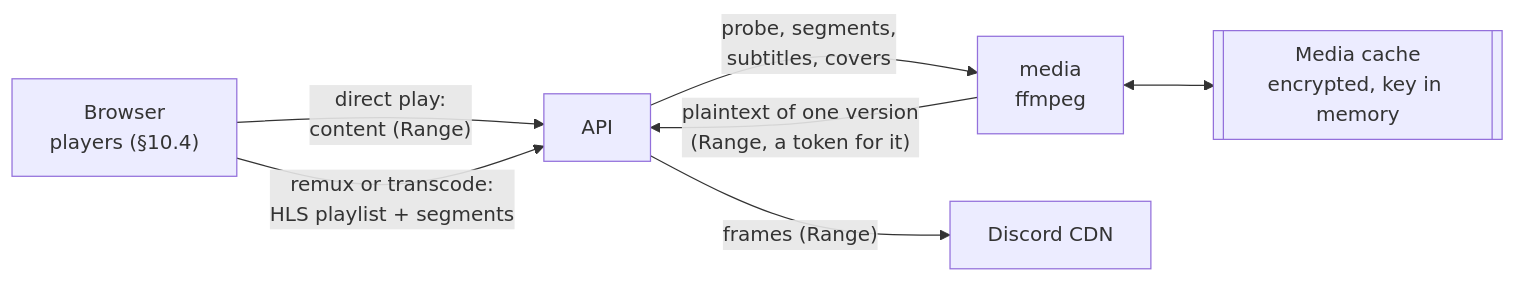
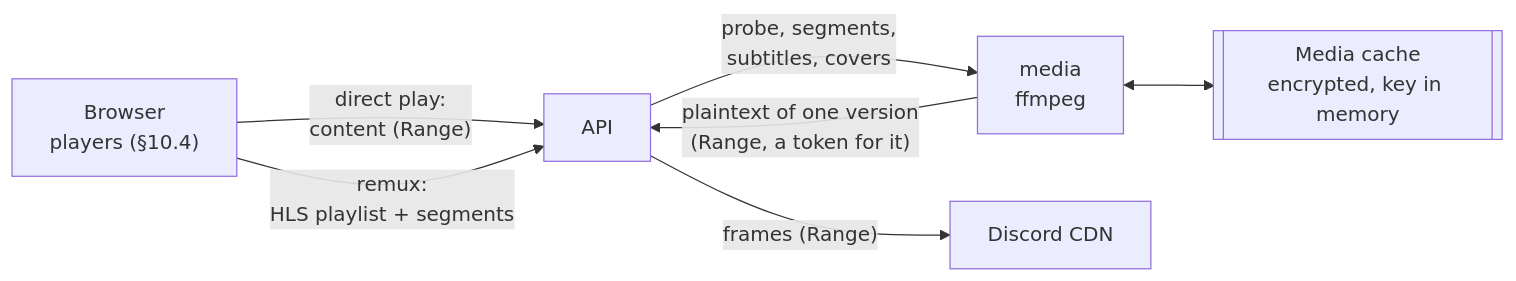
Before and after one commit to AlexB8675/DFS: the ninth of 11 diagrams in docs/DESIGN.md, drawn with Mermaid. The commit also changed other lines of this file and 1 other file, not shown here.

First line of the commit message:
Drop transcoding from the media plan: direct play or remux

````diff
--- a/docs/DESIGN.md
+++ b/docs/DESIGN.md
@@ -559,9 +559,9 @@
 ```mermaid
 flowchart LR
     B["Browser<br/>players (§10.4)"] -- "direct play:<br/>content (Range)" --> A["API"]
-    B -- "remux or transcode:<br/>HLS playlist + segments" --> A
+    B -- "remux:<br/>HLS playlist + segments" --> A
     A -- "probe, segments,<br/>subtitles, covers" --> M["media<br/>ffmpeg"]
     M -- "plaintext of one version<br/>(Range, a token for it)" --> A
     A -- "frames (Range)" --> CDN["Discord CDN"]
     M <--> MC[["Media cache<br/>encrypted, key in memory"]]
 ```
````
